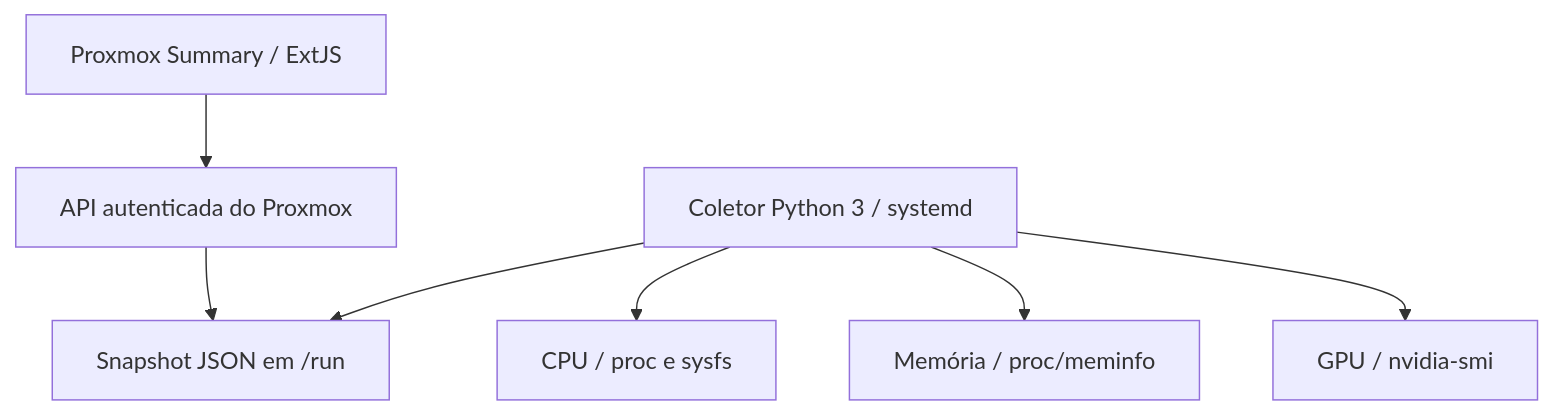
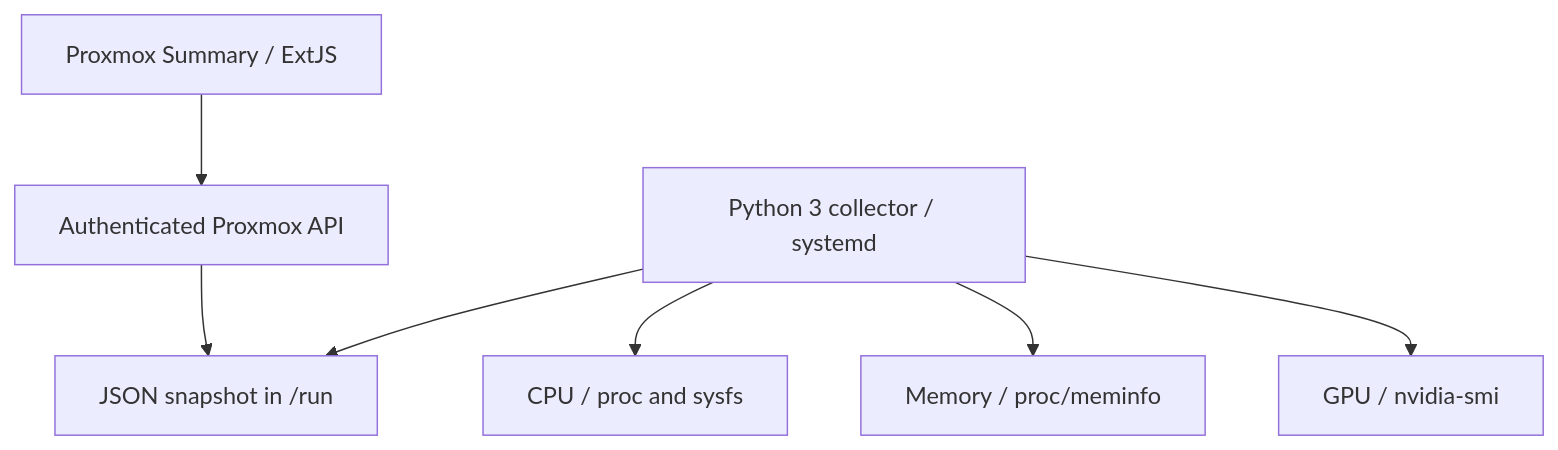
One commit to BlackMix/pve-cpu--gpu-memory-modern-monitor changed the diagram in README.md. Above: the diagram before and after it, drawn with Mermaid. The commit also changed other lines of this file, not shown here.

````diff
--- a/README.md
+++ b/README.md
@@ -197,9 +197,9 @@
 ```mermaid
 flowchart TD
-    UI[Proxmox Summary / ExtJS] --> API[API autenticada do Proxmox]
-    API --> JSON[Snapshot JSON em /run]
-    COL[Coletor Python 3 / systemd] --> JSON
-    COL --> CPU[CPU / proc e sysfs]
-    COL --> RAM[Memória / proc/meminfo]
+    UI[Proxmox Summary / ExtJS] --> API[Authenticated Proxmox API]
+    API --> JSON[JSON snapshot in /run]
+    COL[Python 3 collector / systemd] --> JSON
+    COL --> CPU[CPU / proc and sysfs]
+    COL --> RAM[Memory / proc/meminfo]
     COL --> GPU[GPU / nvidia-smi]
 ```
````
